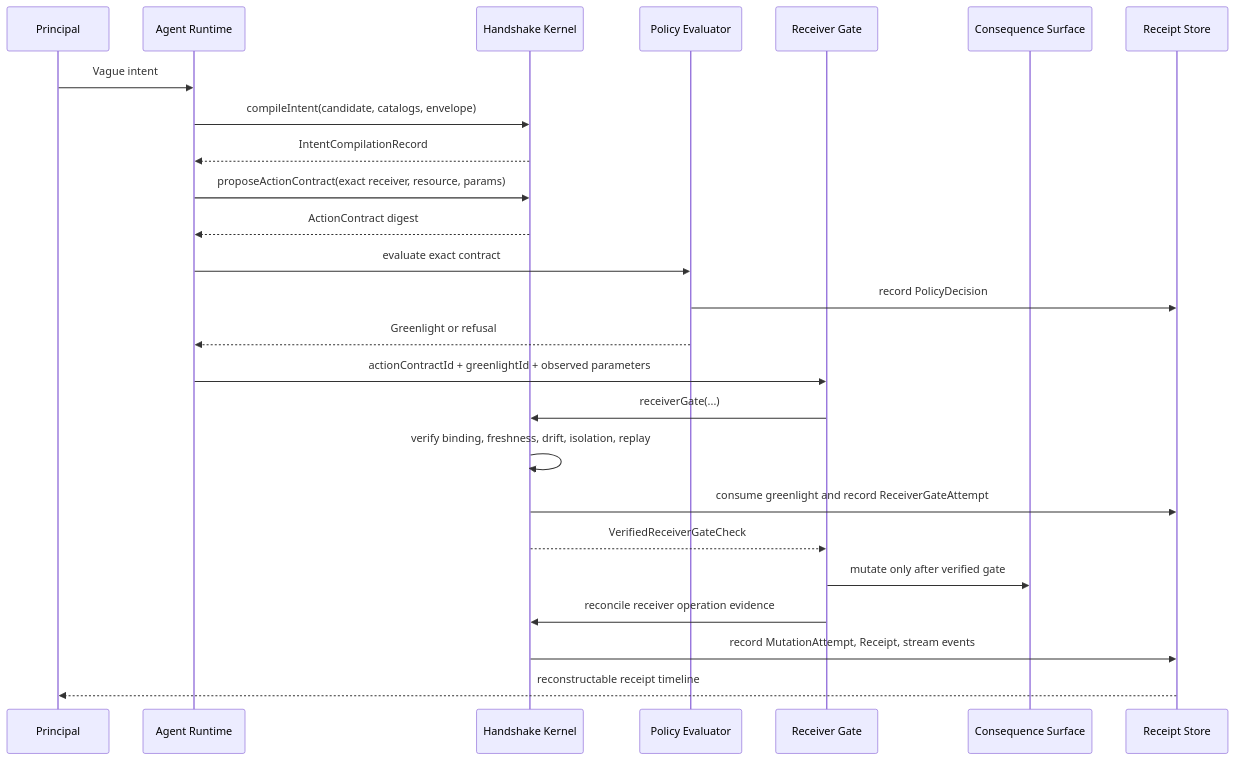
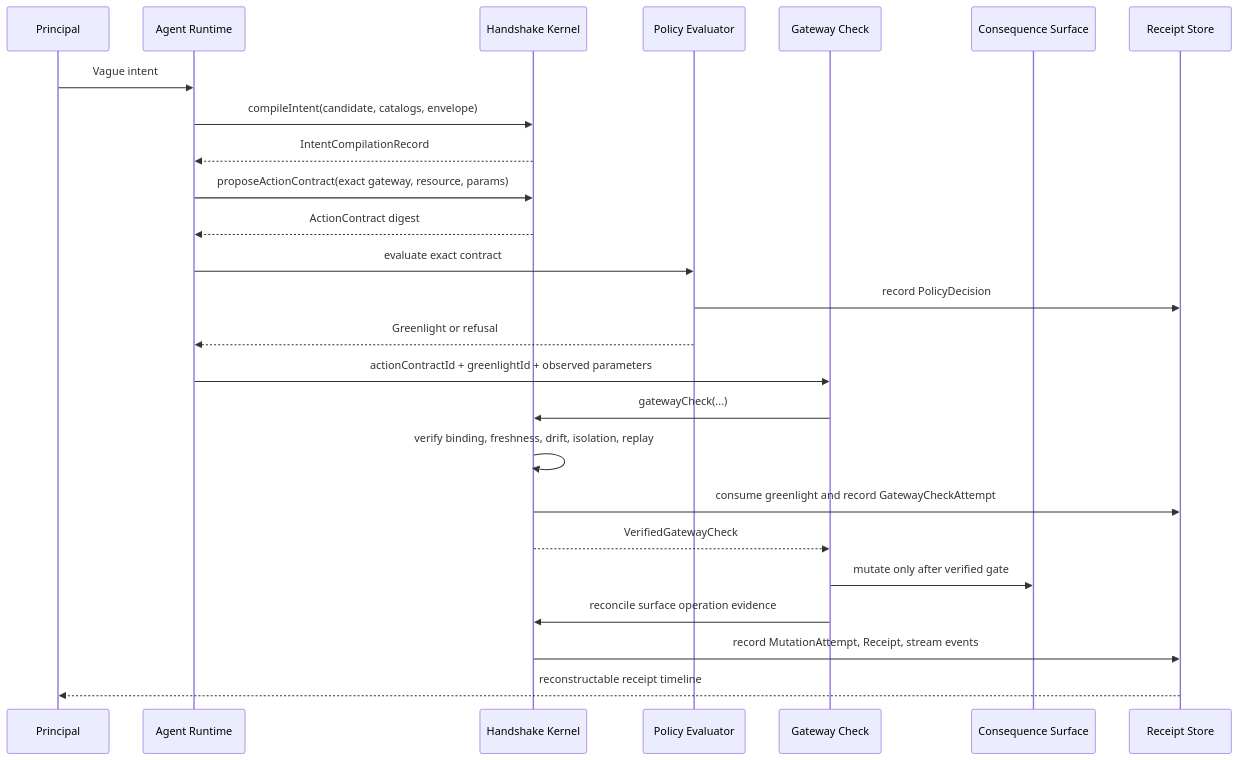
One commit to CreasyBear/handshake-protocol-source changed the fourth of 6 diagrams in docs/product-and-protocol-diagrams.md. Above: the diagram before and after it, drawn with Mermaid. The commit also changed other lines of this file and 72 other files, not shown here.

````diff
--- a/docs/product-and-protocol-diagrams.md
+++ b/docs/product-and-protocol-diagrams.md
@@ -175,28 +178,28 @@
 ```mermaid
 sequenceDiagram
   participant Principal
   participant Runtime as Agent Runtime
   participant Kernel as Handshake Kernel
   participant Policy as Policy Evaluator
-  participant Receiver as Receiver Gate
+  participant Gateway as Gateway Check
   participant Surface as Consequence Surface
   participant Store as Receipt Store
 
   Principal->>Runtime: Vague intent
   Runtime->>Kernel: compileIntent(candidate, catalogs, envelope)
   Kernel-->>Runtime: IntentCompilationRecord
-  Runtime->>Kernel: proposeActionContract(exact receiver, resource, params)
+  Runtime->>Kernel: proposeActionContract(exact gateway, resource, params)
   Kernel-->>Runtime: ActionContract digest
   Runtime->>Policy: evaluate exact contract
   Policy->>Store: record PolicyDecision
   Policy-->>Runtime: Greenlight or refusal
-  Runtime->>Receiver: actionContractId + greenlightId + observed parameters
-  Receiver->>Kernel: receiverGate(...)
+  Runtime->>Gateway: actionContractId + greenlightId + observed parameters
+  Gateway->>Kernel: gatewayCheck(...)
   Kernel->>Kernel: verify binding, freshness, drift, isolation, replay
-  Kernel->>Store: consume greenlight and record ReceiverGateAttempt
-  Kernel-->>Receiver: VerifiedReceiverGateCheck
-  Receiver->>Surface: mutate only after verified gate
-  Receiver->>Kernel: reconcile receiver operation evidence
+  Kernel->>Store: consume greenlight and record GatewayCheckAttempt
+  Kernel-->>Gateway: VerifiedGatewayCheck
+  Gateway->>Surface: mutate only after verified gate
+  Gateway->>Kernel: reconcile surface operation evidence
   Kernel->>Store: record MutationAttempt, Receipt, stream events
   Store-->>Principal: reconstructable receipt timeline
 ```
````
